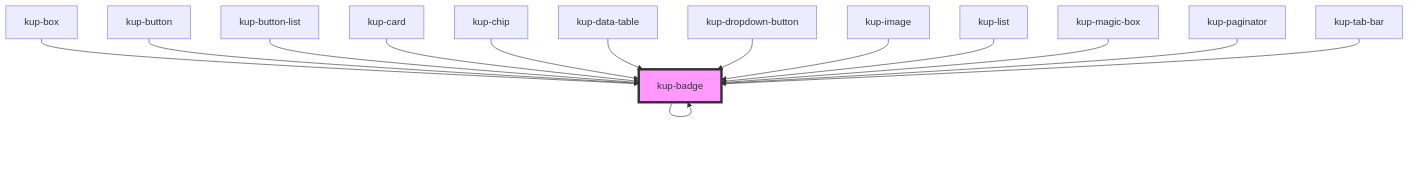
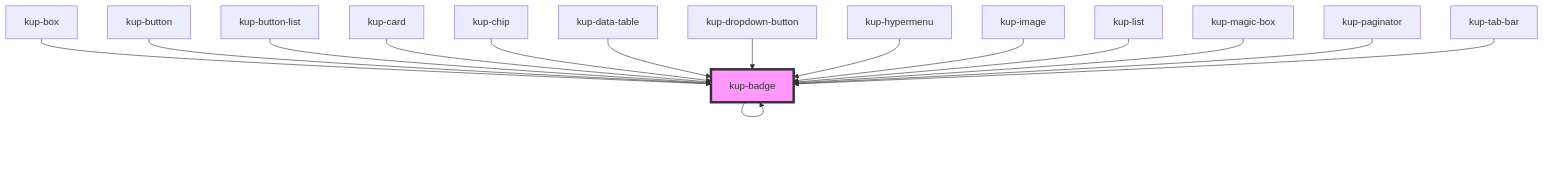
One commit to smeup/ketch.up changed the diagram in packages/ketchup/src/components/kup-badge/readme.md. Above: the diagram before and after it, drawn with Mermaid. The commit also changed other lines of this file and 25 other files, not shown here.

````diff
--- a/packages/ketchup/src/components/kup-badge/readme.md
+++ b/packages/ketchup/src/components/kup-badge/readme.md
@@ -78,17 +79,18 @@
 ```mermaid
 graph TD;
   kup-badge --> kup-badge
   kup-box --> kup-badge
   kup-button --> kup-badge
   kup-button-list --> kup-badge
   kup-card --> kup-badge
   kup-chip --> kup-badge
   kup-data-table --> kup-badge
   kup-dropdown-button --> kup-badge
+  kup-hypermenu --> kup-badge
   kup-image --> kup-badge
   kup-list --> kup-badge
   kup-magic-box --> kup-badge
   kup-paginator --> kup-badge
   kup-tab-bar --> kup-badge
   style kup-badge fill:#f9f,stroke:#333,stroke-width:4px
 ```
````
